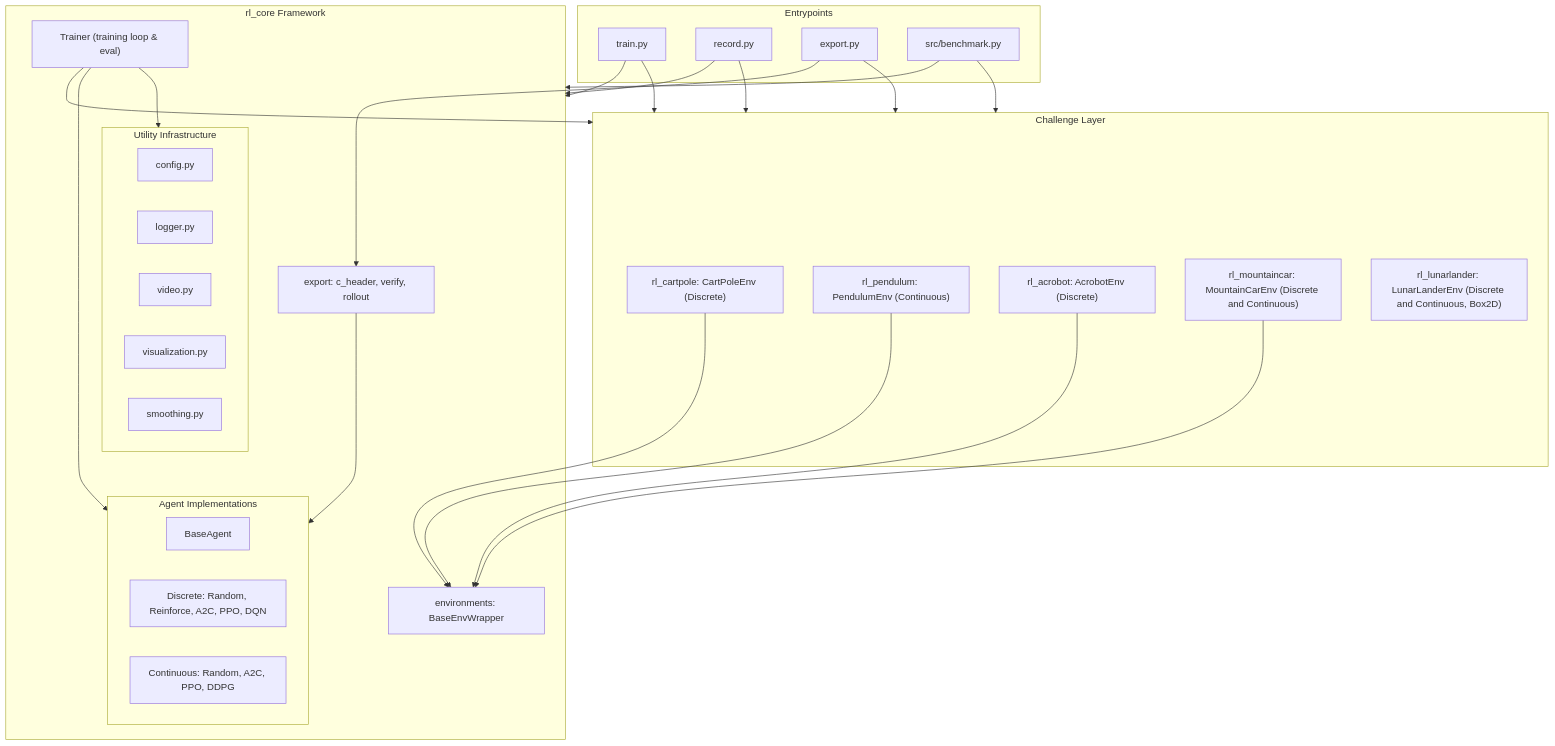
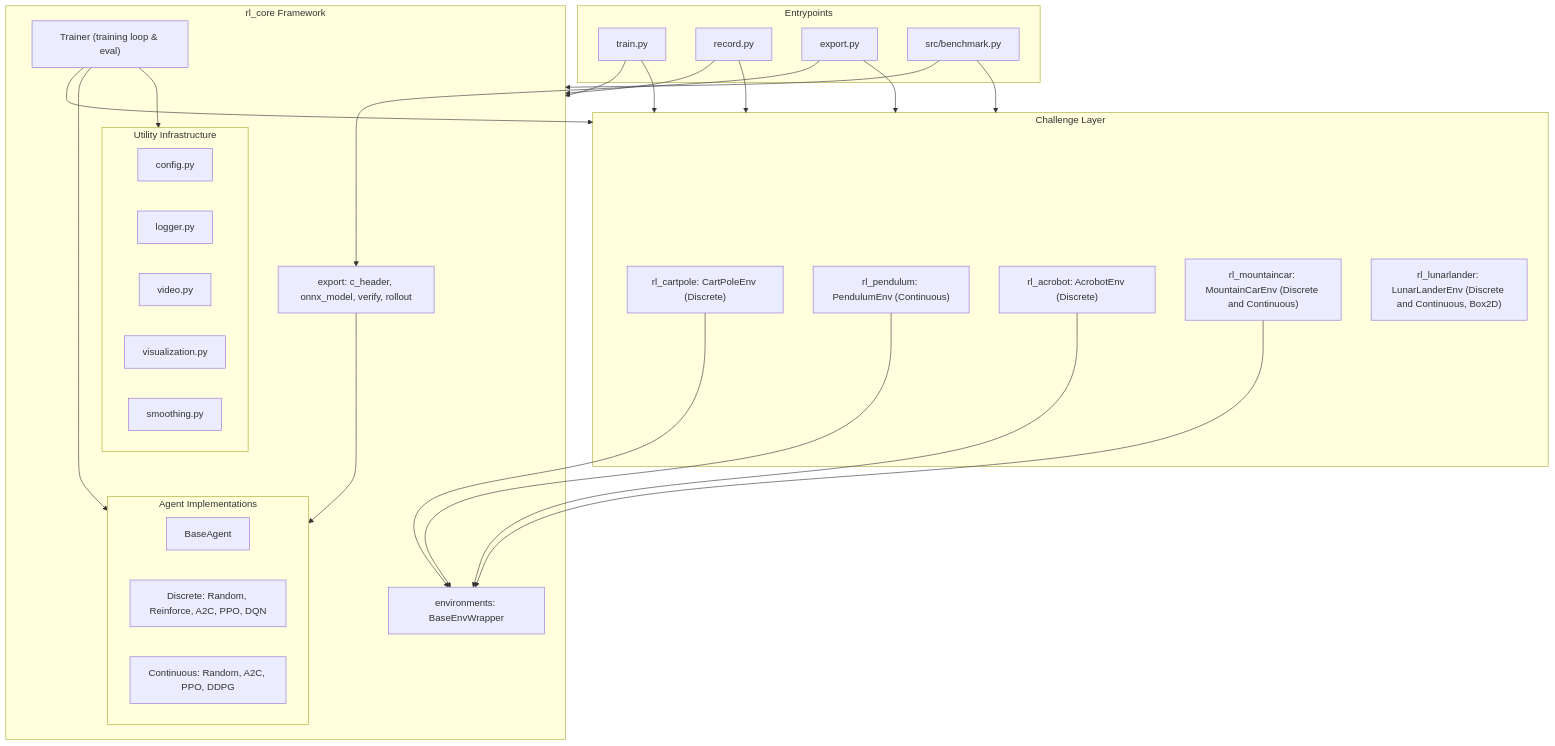
The first of 3 diagrams in ARCHITECTURE.md (andreijw/AI), drawn with Mermaid before and after one commit. The commit also changed other lines of this file and 25 other files, not shown here.

Commit message:
feat(export): ONNX export of a trained agent's greedy policy, verified in onnxruntime

````diff
--- a/ARCHITECTURE.md
+++ b/ARCHITECTURE.md
@@ -106,56 +106,56 @@
 ```mermaid
 flowchart TD
     subgraph CLI ["Entrypoints"]
         Train["train.py"]
         Record["record.py"]
         Export["export.py"]
         Bench["src/benchmark.py"]
     end
 
     subgraph Challenges ["Challenge Layer"]
         CartPole["rl_cartpole: CartPoleEnv (Discrete)"]
         Pendulum["rl_pendulum: PendulumEnv (Continuous)"]
         Acrobot["rl_acrobot: AcrobotEnv (Discrete)"]
         MountainCar["rl_mountaincar: MountainCarEnv (Discrete and Continuous)"]
         LunarLander["rl_lunarlander: LunarLanderEnv (Discrete and Continuous, Box2D)"]
     end
 
     subgraph Core ["rl_core Framework"]
         Trainer["Trainer (training loop & eval)"]
         
         subgraph Agents ["Agent Implementations"]
             BaseAgent["BaseAgent"]
             DiscreteAgents["Discrete: Random, Reinforce, A2C, PPO, DQN"]
             ContinuousAgents["Continuous: Random, A2C, PPO, DDPG"]
         end
 
         EnvBase["environments: BaseEnvWrapper"]
 
         subgraph Utils ["Utility Infrastructure"]
             Config["config.py"]
             Logger["logger.py"]
             Video["video.py"]
             Viz["visualization.py"]
             Smooth["smoothing.py"]
         end
 
-        ExportPkg["export: c_header, verify, rollout"]
+        ExportPkg["export: c_header, onnx_model, verify, rollout"]
     end
 
     Train --> Core
     Record --> Core
     Bench --> Core
     Train --> Challenges
     Record --> Challenges
     Export --> Challenges
     Export --> ExportPkg
     ExportPkg --> Agents
     Bench --> Challenges
     Trainer --> Challenges
     Trainer --> Agents
     Trainer --> Utils
     CartPole --> EnvBase
     Pendulum --> EnvBase
     Acrobot --> EnvBase
     MountainCar --> EnvBase
 ```
````
